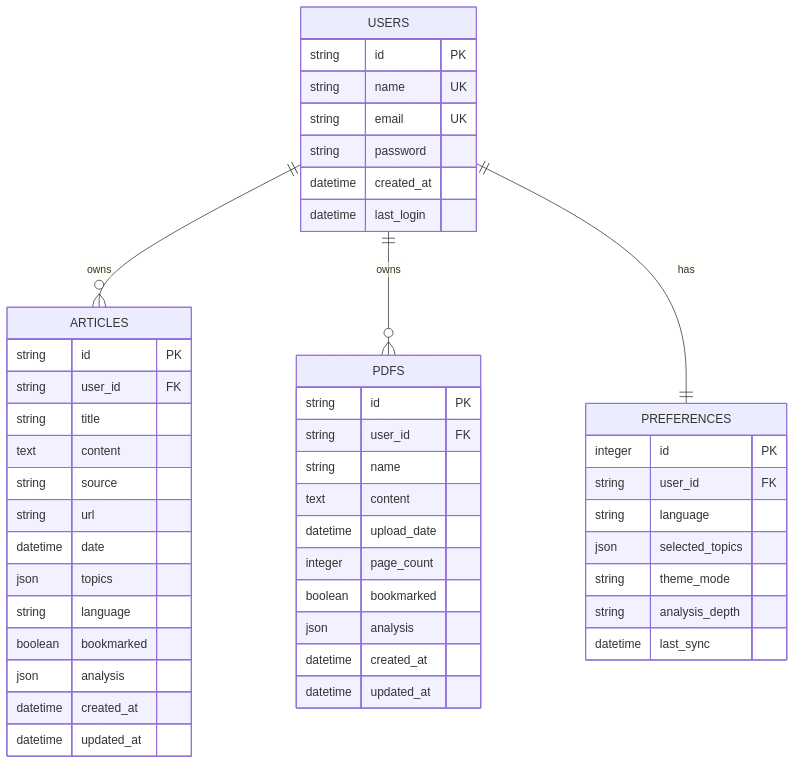
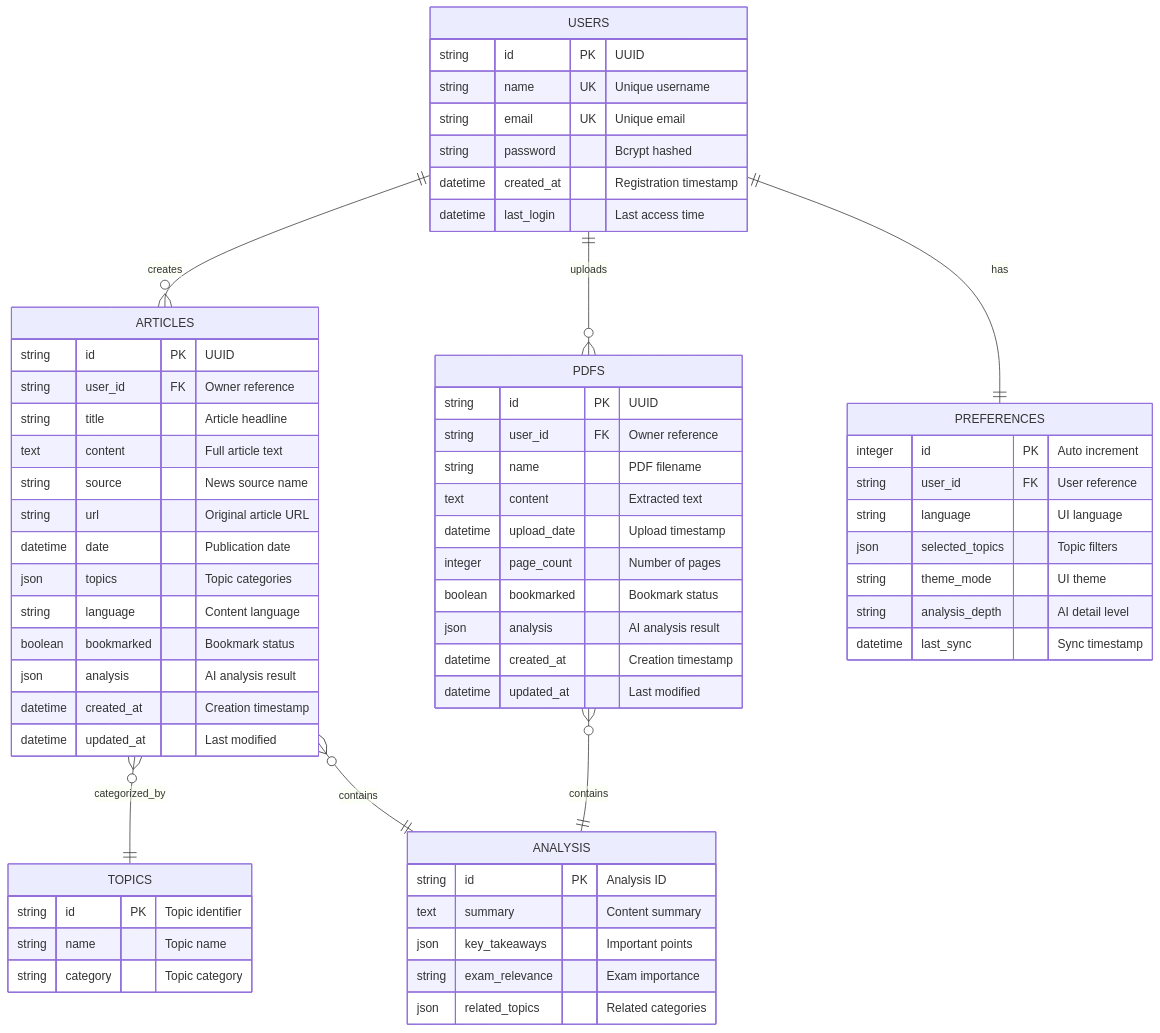
The fourth of 16 diagrams in README.md (Arshi9214/News-Aggregator-and-Analysis), drawn with Mermaid before and after one commit. The commit also changed other lines of this file, not shown here.

Commit message:
diagramss updated

````diff
--- a/README.md
+++ b/README.md
@@ -111,54 +197,71 @@
 ```mermaid
 erDiagram
+    USERS ||--o{ ARTICLES : "creates"
+    USERS ||--o{ PDFS : "uploads"
+    USERS ||--|| PREFERENCES : "has"
+    ARTICLES }o--|| TOPICS : "categorized_by"
+    PDFS }o--|| ANALYSIS : "contains"
+    ARTICLES }o--|| ANALYSIS : "contains"
+    
     USERS {
-        string id PK
-        string name UK
-        string email UK
-        string password
-        datetime created_at
-        datetime last_login
+        string id PK "UUID"
+        string name UK "Unique username"
+        string email UK "Unique email"
+        string password "Bcrypt hashed"
+        datetime created_at "Registration timestamp"
+        datetime last_login "Last access time"
     }
     
     ARTICLES {
-        string id PK
-        string user_id FK
-        string title
-        text content
-        string source
-        string url
-        datetime date
-        json topics
-        string language
-        boolean bookmarked
-        json analysis
-        datetime created_at
-        datetime updated_at
+        string id PK "UUID"
+        string user_id FK "Owner reference"
+        string title "Article headline"
+        text content "Full article text"
+        string source "News source name"
+        string url "Original article URL"
+        datetime date "Publication date"
+        json topics "Topic categories"
+        string language "Content language"
+        boolean bookmarked "Bookmark status"
+        json analysis "AI analysis result"
+        datetime created_at "Creation timestamp"
+        datetime updated_at "Last modified"
     }
     
     PDFS {
-        string id PK
-        string user_id FK
-        string name
-        text content
-        datetime upload_date
-        integer page_count
-        boolean bookmarked
-        json analysis
-        datetime created_at
-        datetime updated_at
+        string id PK "UUID"
+        string user_id FK "Owner reference"
+        string name "PDF filename"
+        text content "Extracted text"
+        datetime upload_date "Upload timestamp"
+        integer page_count "Number of pages"
+        boolean bookmarked "Bookmark status"
+        json analysis "AI analysis result"
+        datetime created_at "Creation timestamp"
+        datetime updated_at "Last modified"
     }
     
     PREFERENCES {
-        integer id PK
-        string user_id FK
-        string language
-        json selected_topics
-        string theme_mode
-        string analysis_depth
-        datetime last_sync
+        integer id PK "Auto increment"
+        string user_id FK "User reference"
+        string language "UI language"
+        json selected_topics "Topic filters"
+        string theme_mode "UI theme"
+        string analysis_depth "AI detail level"
+        datetime last_sync "Sync timestamp"
     }
     
-    USERS ||--o{ ARTICLES : owns
-    USERS ||--o{ PDFS : owns
-    USERS ||--|| PREFERENCES : has
+    TOPICS {
+        string id PK "Topic identifier"
+        string name "Topic name"
+        string category "Topic category"
+    }
+    
+    ANALYSIS {
+        string id PK "Analysis ID"
+        text summary "Content summary"
+        json key_takeaways "Important points"
+        string exam_relevance "Exam importance"
+        json related_topics "Related categories"
+    }
 ```
````
